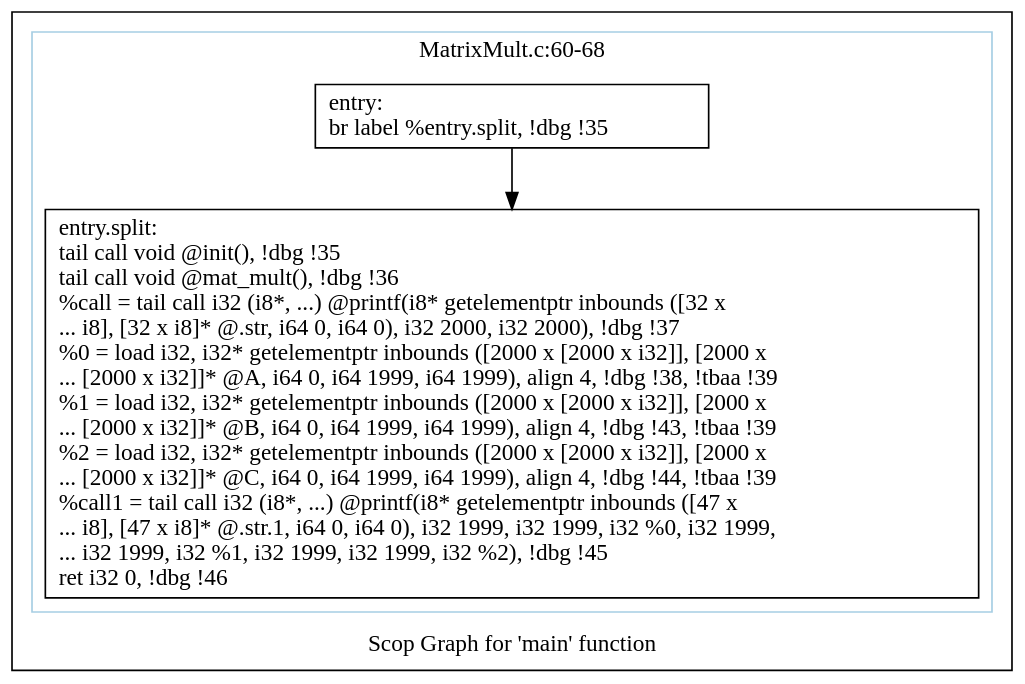
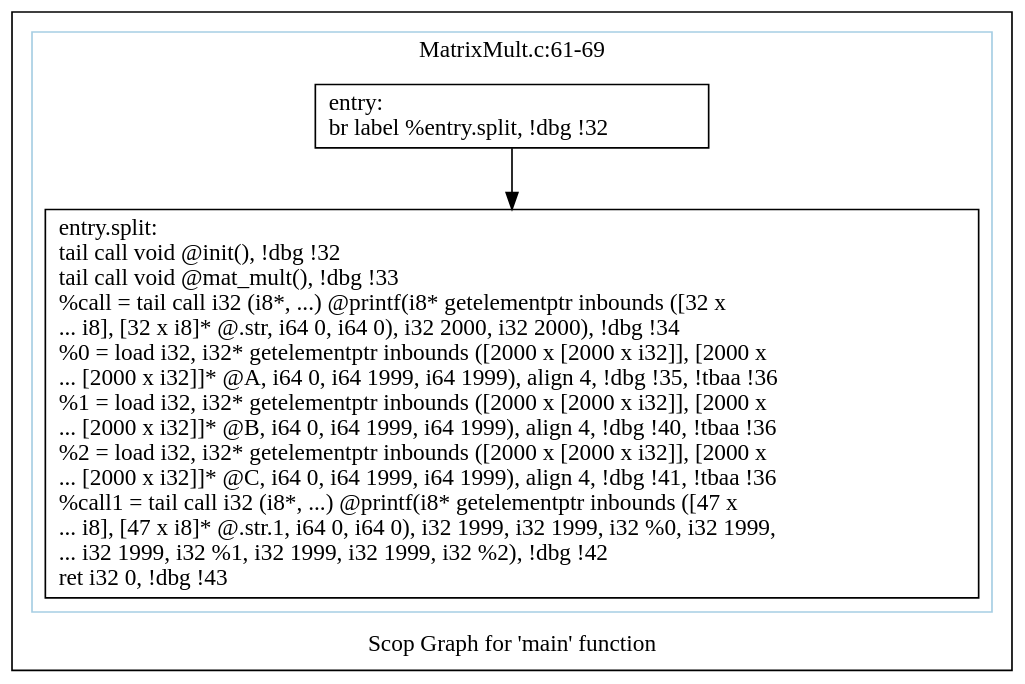
Before and after one commit to samminweng/WhileyOpenCL: the diagram in polly/MatrixMult/impl/handwritten/dot/scops.main.dot, drawn with Graphviz. The commit also changed 27 other files, not shown here.

Commit message:
Run MatrixMult Benchmark

```diff
--- a/polly/MatrixMult/impl/handwritten/dot/scops.main.dot
+++ b/polly/MatrixMult/impl/handwritten/dot/scops.main.dot
@@ -1,16 +1,16 @@
 digraph "Scop Graph for 'main' function" {
 	label="Scop Graph for 'main' function";
 
-	Node0x9a9ff40 [shape=record,label="{entry:\l  br label %entry.split, !dbg !35\l}"];
-	Node0x9a9ff40 -> Node0x9a2e130;
-	Node0x9a2e130 [shape=record,label="{entry.split:                                      \l  tail call void @init(), !dbg !35\l  tail call void @mat_mult(), !dbg !36\l  %call = tail call i32 (i8*, ...) @printf(i8* getelementptr inbounds ([32 x\l... i8], [32 x i8]* @.str, i64 0, i64 0), i32 2000, i32 2000), !dbg !37\l  %0 = load i32, i32* getelementptr inbounds ([2000 x [2000 x i32]], [2000 x\l... [2000 x i32]]* @A, i64 0, i64 1999, i64 1999), align 4, !dbg !38, !tbaa !39\l  %1 = load i32, i32* getelementptr inbounds ([2000 x [2000 x i32]], [2000 x\l... [2000 x i32]]* @B, i64 0, i64 1999, i64 1999), align 4, !dbg !43, !tbaa !39\l  %2 = load i32, i32* getelementptr inbounds ([2000 x [2000 x i32]], [2000 x\l... [2000 x i32]]* @C, i64 0, i64 1999, i64 1999), align 4, !dbg !44, !tbaa !39\l  %call1 = tail call i32 (i8*, ...) @printf(i8* getelementptr inbounds ([47 x\l... i8], [47 x i8]* @.str.1, i64 0, i64 0), i32 1999, i32 1999, i32 %0, i32 1999,\l... i32 1999, i32 %1, i32 1999, i32 1999, i32 %2), !dbg !45\l  ret i32 0, !dbg !46\l}"];
+	Node0xada3290 [shape=record,label="{entry:\l  br label %entry.split, !dbg !32\l}"];
+	Node0xada3290 -> Node0xac1a9e0;
+	Node0xac1a9e0 [shape=record,label="{entry.split:                                      \l  tail call void @init(), !dbg !32\l  tail call void @mat_mult(), !dbg !33\l  %call = tail call i32 (i8*, ...) @printf(i8* getelementptr inbounds ([32 x\l... i8], [32 x i8]* @.str, i64 0, i64 0), i32 2000, i32 2000), !dbg !34\l  %0 = load i32, i32* getelementptr inbounds ([2000 x [2000 x i32]], [2000 x\l... [2000 x i32]]* @A, i64 0, i64 1999, i64 1999), align 4, !dbg !35, !tbaa !36\l  %1 = load i32, i32* getelementptr inbounds ([2000 x [2000 x i32]], [2000 x\l... [2000 x i32]]* @B, i64 0, i64 1999, i64 1999), align 4, !dbg !40, !tbaa !36\l  %2 = load i32, i32* getelementptr inbounds ([2000 x [2000 x i32]], [2000 x\l... [2000 x i32]]* @C, i64 0, i64 1999, i64 1999), align 4, !dbg !41, !tbaa !36\l  %call1 = tail call i32 (i8*, ...) @printf(i8* getelementptr inbounds ([47 x\l... i8], [47 x i8]* @.str.1, i64 0, i64 0), i32 1999, i32 1999, i32 %0, i32 1999,\l... i32 1999, i32 %1, i32 1999, i32 1999, i32 %2), !dbg !42\l  ret i32 0, !dbg !43\l}"];
 	colorscheme = "paired12"
-        subgraph cluster_0x9a780c0 {
-          label = "MatrixMult.c:60-68
+        subgraph cluster_0xad97950 {
+          label = "MatrixMult.c:61-69
 ";
           style = solid;
           color = 1
-          Node0x9a9ff40;
-          Node0x9a2e130;
+          Node0xada3290;
+          Node0xac1a9e0;
         }
 }
```
